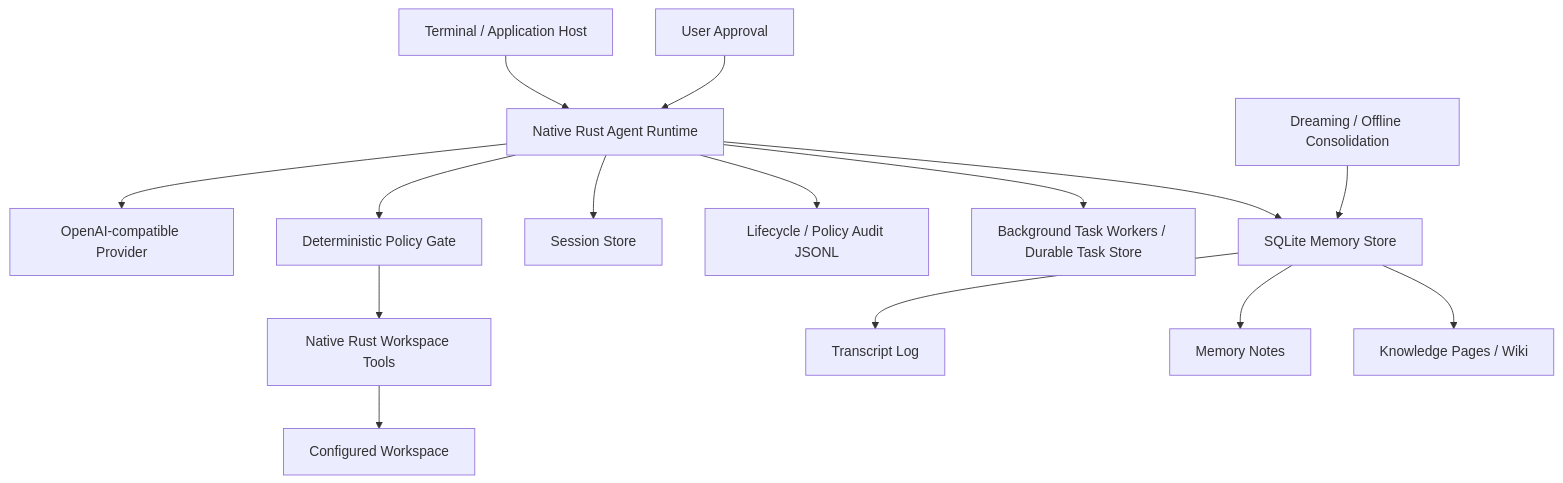
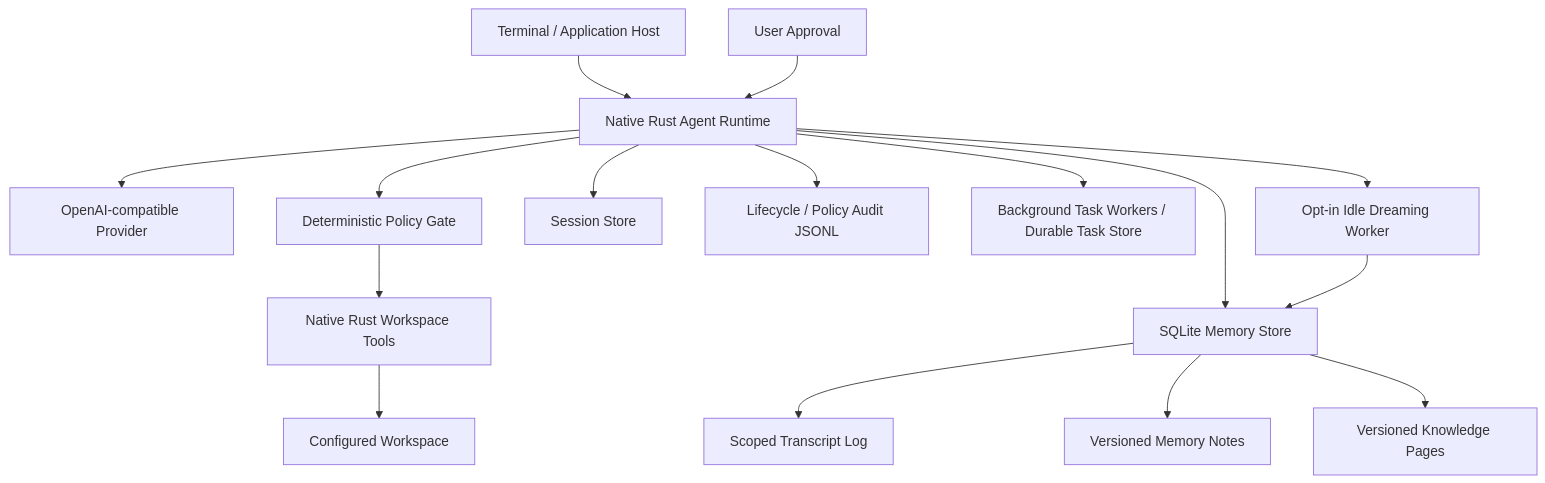
The diagram in tools/rust-agent/README.md (devweekly/devweekly.github.io), drawn with Mermaid before and after one commit. The commit also changed other lines of this file and 4 other files, not shown here.

Commit message:
Complete scoped Dreaming lifecycle and memory revision history

````diff
--- a/tools/rust-agent/README.md
+++ b/tools/rust-agent/README.md
@@ -7,17 +7,18 @@
 ```mermaid
 flowchart TB
     USER["Terminal / Application Host"] --> RUNTIME["Native Rust Agent Runtime"]
     RUNTIME --> PROVIDER["OpenAI-compatible Provider"]
     RUNTIME --> POLICY["Deterministic Policy Gate"]
     POLICY --> TOOLS["Native Rust Workspace Tools"]
     TOOLS --> WS["Configured Workspace"]
     RUNTIME --> SESSION["Session Store"]
     RUNTIME --> AUDIT["Lifecycle / Policy Audit JSONL"]
     RUNTIME --> TASKS["Background Task Workers / Durable Task Store"]
     RUNTIME --> MEMORY["SQLite Memory Store"]
-    MEMORY --> TRANSCRIPTS["Transcript Log"]
-    MEMORY --> NOTES["Memory Notes"]
-    MEMORY --> WIKI["Knowledge Pages / Wiki"]
-    DREAM["Dreaming / Offline Consolidation"] --> MEMORY
+    MEMORY --> TRANSCRIPTS["Scoped Transcript Log"]
+    MEMORY --> NOTES["Versioned Memory Notes"]
+    MEMORY --> WIKI["Versioned Knowledge Pages"]
+    RUNTIME --> DREAM["Opt-in Idle Dreaming Worker"]
+    DREAM --> MEMORY
     APPROVAL["User Approval"] --> RUNTIME
 ```
````
